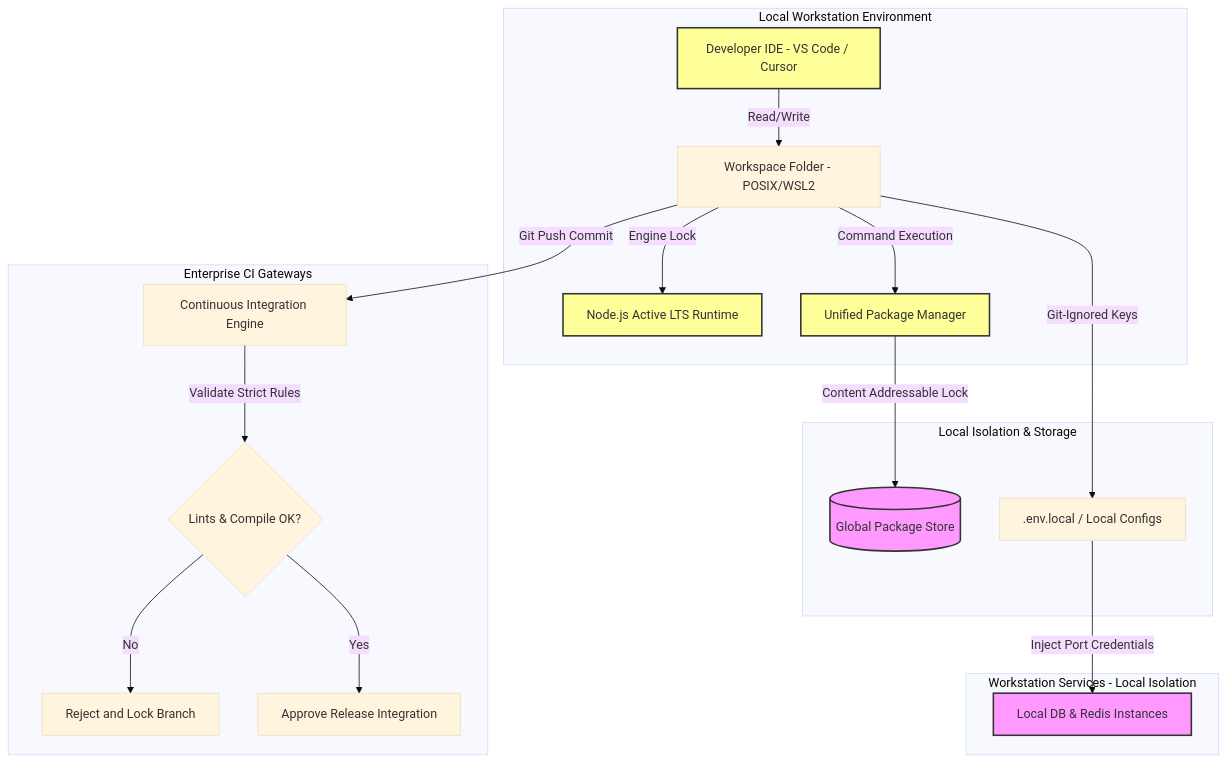
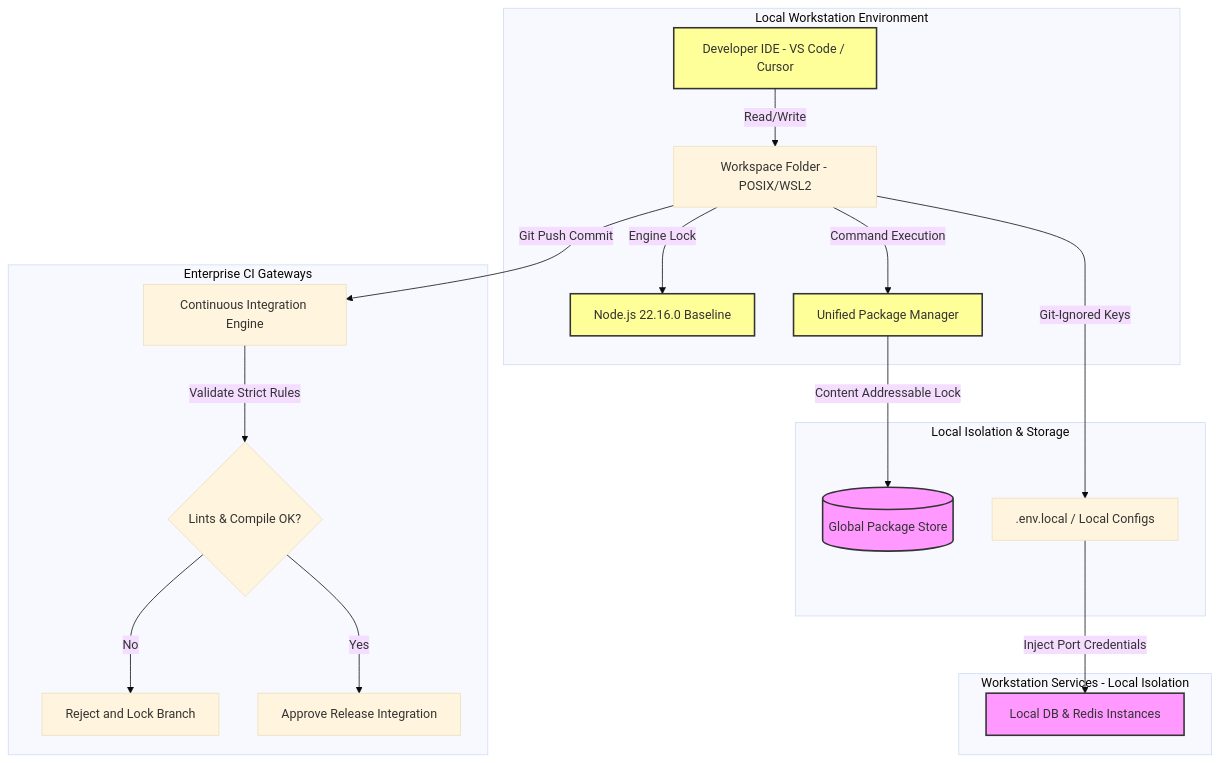
One commit to wegdangamil2022-oss/MANARATAK_FINAL changed the diagram in docs/phases/phase-03-enterprise-design/phase-03-02-development-environment.md. Above: the diagram before and after it, drawn with Mermaid (base theme). The commit also changed other lines of this file and 172 other files, not shown here.

````diff
--- a/docs/phases/phase-03-enterprise-design/phase-03-02-development-environment.md
+++ b/docs/phases/phase-03-enterprise-design/phase-03-02-development-environment.md
@@ -242,33 +242,33 @@
 ```mermaid
 graph TD
     %% Dev Workstation
     subgraph Workstation_Boundary [Local Workstation Environment]
         IDE[Developer IDE - VS Code / Cursor] -->|Read/Write| Files[Workspace Folder - POSIX/WSL2]
-        Files -->|Engine Lock| NodeRuntime[Node.js Active LTS Runtime]
+        Files -->|Engine Lock| NodeRuntime[Node.js 22.16.0 Baseline]
         Files -->|Command Execution| PM[Unified Package Manager]
     end
 
     %% Dependency & Secrets Isolation
     subgraph Workstation_Cache_Layer [Local Isolation & Storage]
         PM -->|Content Addressable Lock| Cache[(Global Package Store)]
         Files -->|Git-Ignored Keys| EnvFile[.env.local / Local Configs]
     end
 
     %% Containerized Infrastructure (Local)
     subgraph Containerized_Services [Workstation Services - Local Isolation]
         EnvFile -->|Inject Port Credentials| Services[Local DB & Redis Instances]
     end
 
     %% External Validation Gate
     subgraph Verification_Gate [Enterprise CI Gateways]
         Files -->|Git Push Commit| CIServer[Continuous Integration Engine]
         CIServer -->|Validate Strict Rules| GateKeep{Lints & Compile OK?}
         GateKeep -->|No| FailDeploy[Reject and Lock Branch]
         GateKeep -->|Yes| TargetDeploy[Approve Release Integration]
     end
 
     classDef env fill:#ff9,stroke:#333,stroke-width:2px;
     classDef storage fill:#f9f,stroke:#333,stroke-width:2px;
     class IDE,NodeRuntime,PM env;
     class Cache,Services storage;
 ```
````
